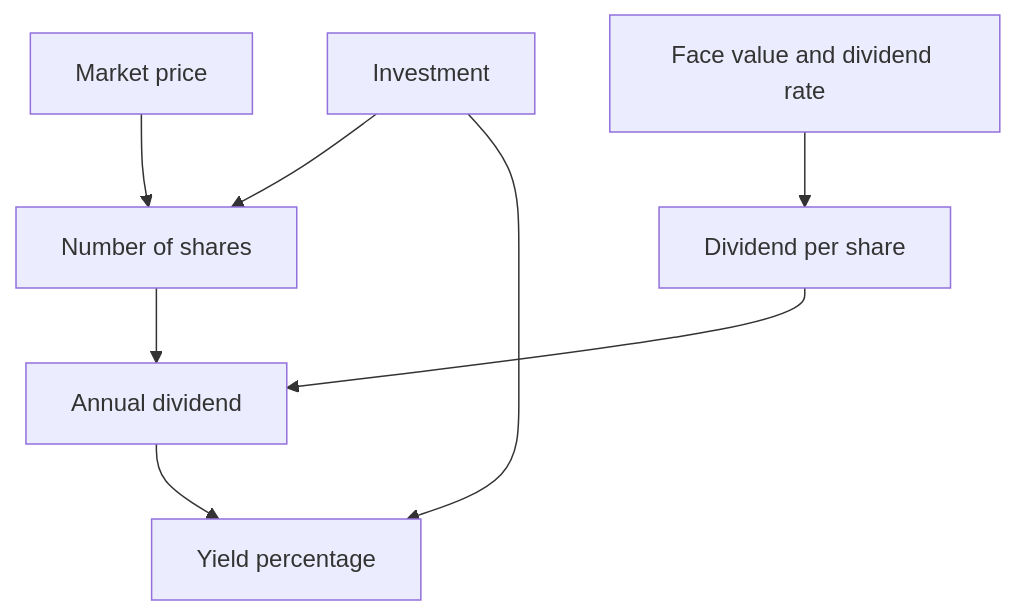
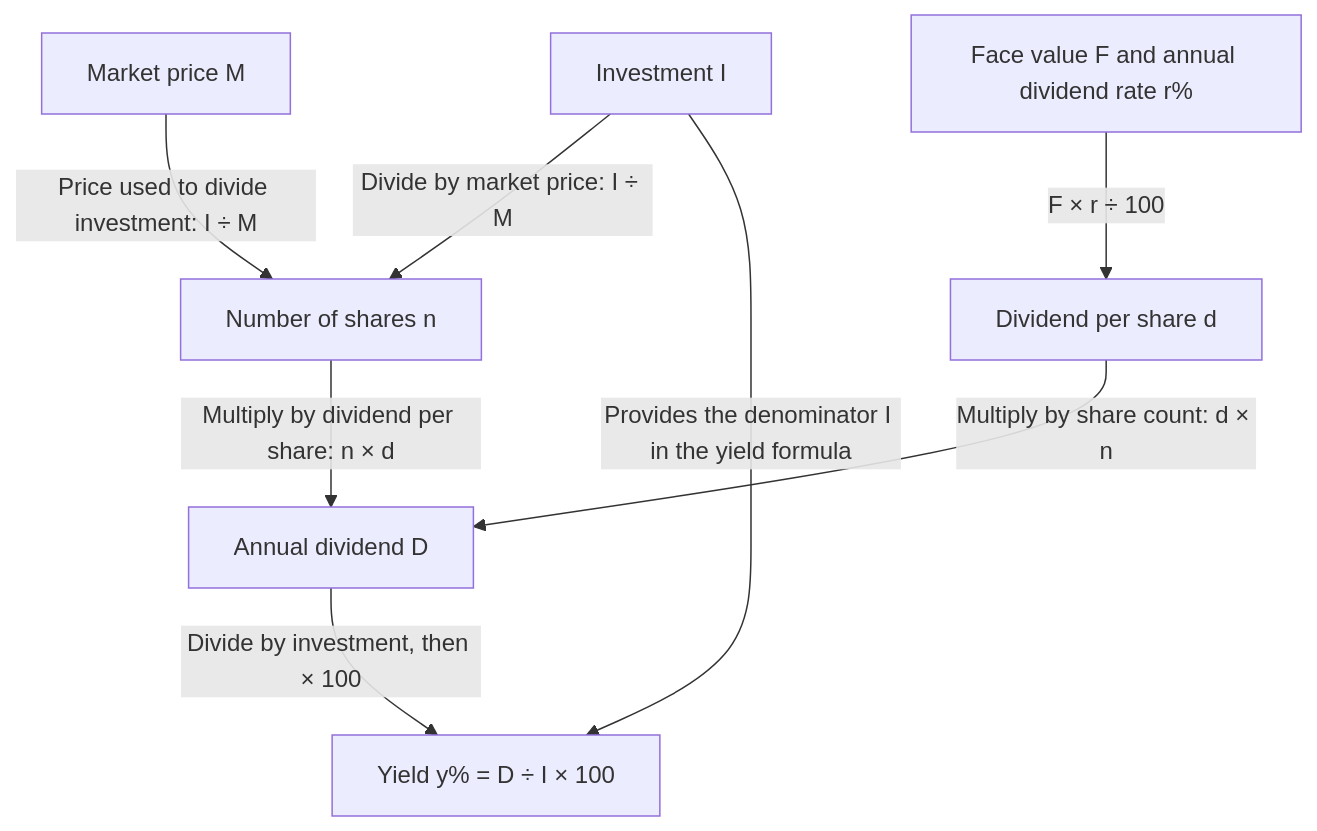
One commit to naveengarla/icse-10th-maths changed the diagram in docs/ch3-shares/concepts.md. Above: the diagram before and after it, drawn with Mermaid. The commit also changed other lines of this file, not shown here.

Commit message:
Label concept diagram relationships and explain how to read arrows

````diff
--- a/docs/ch3-shares/concepts.md
+++ b/docs/ch3-shares/concepts.md
@@ -44,10 +44,10 @@
 ```mermaid
 flowchart TD
-    F["Face value and dividend rate"] --> D["Dividend per share"]
-    I["Investment"] --> N["Number of shares"]
-    M["Market price"] --> N
-    N --> A["Annual dividend"]
-    D --> A
-    A --> Y["Yield percentage"]
-    I --> Y
+    F["Face value F and annual dividend rate r%"] -->|"F × r ÷ 100"| D["Dividend per share d"]
+    I["Investment I"] -->|"Divide by market price: I ÷ M"| N["Number of shares n"]
+    M["Market price M"] -->|"Price used to divide investment: I ÷ M"| N
+    N -->|"Multiply by dividend per share: n × d"| A["Annual dividend D"]
+    D -->|"Multiply by share count: d × n"| A
+    A -->|"Divide by investment, then × 100"| Y["Yield y% = D ÷ I × 100"]
+    I -->|"Provides the denominator I in the yield formula"| Y
 ```
````
